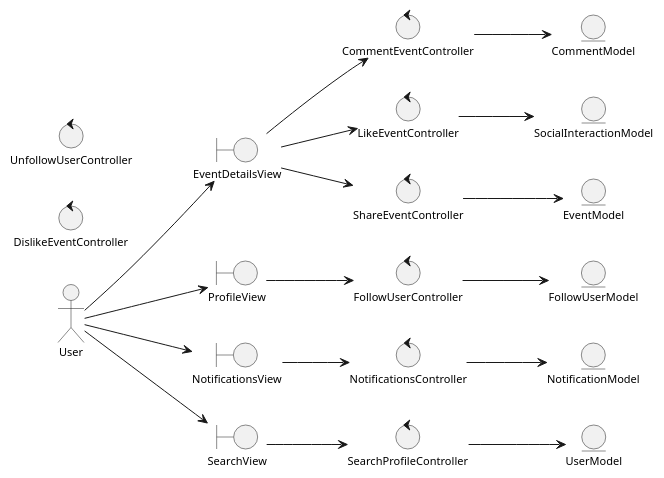
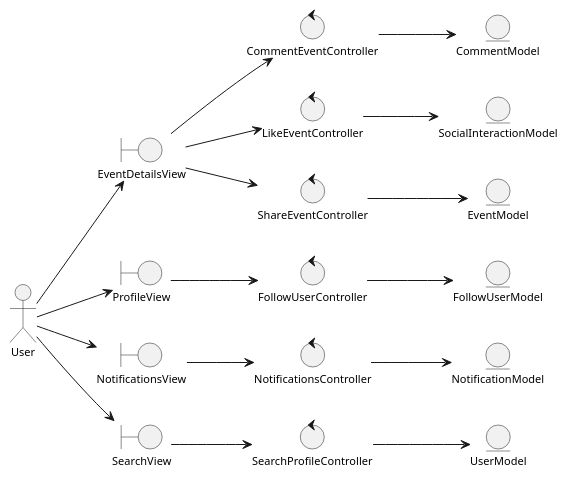
The diagram in Análisis/Clases de Análisis/analysisClassDiagramSocialInteractions.plantuml (valeraruggierotesisucv/tesis-frameworks-mobile-diagrams), drawn with PlantUML before and after one commit. The commit also changed 4 other files, not shown here.

Commit message:
Update user management and social interactions diagrams: add LogoutView and LogoutController, remove UnfollowUserController and DislikeEventController interactions.

```diff
--- a/Análisis/Clases de Análisis/analysisClassDiagramSocialInteractions.plantuml
+++ b/Análisis/Clases de Análisis/analysisClassDiagramSocialInteractions.plantuml
@@ -1,49 +1,47 @@
 @startuml analysisClassDiagramSocialInteractions
 skinparam style strictuml
 left to right direction
 skinparam defaultTextAlignment center
 skinparam defaultFontSize 11
 
 actor "User" as user
 
 entity "UserModel" as userModel
 entity "EventModel" as eventModel
 entity "SocialInteractionModel" as socialInteractionModel
 entity "CommentModel" as commentModel
 entity "FollowUserModel" as followUserModel
 entity "NotificationModel" as notificationModel
 
 boundary "EventDetailsView" as eventDetailsView
 boundary "ProfileView" as profileView
 boundary "NotificationsView" as notificationsView
 boundary "SearchView" as searchView
 
 control "CommentEventController" as commentEventController
 control "LikeEventController" as likeEventController
-control "DislikeEventController" as dislikeEventController
 control "ShareEventController" as shareEventController
 control "FollowUserController" as followUserController
-control "UnfollowUserController" as unfollowUserController
 control "NotificationsController" as notificationsController
 control "SearchProfileController" as searchProfileController
 
 user --> eventDetailsView
 user --> profileView
 user --> notificationsView
 user --> searchView
 
 eventDetailsView --> commentEventController
 eventDetailsView --> likeEventController
 eventDetailsView --> shareEventController
 profileView --> followUserController
 notificationsView --> notificationsController
 searchView --> searchProfileController
 
 commentEventController --> commentModel
 likeEventController --> socialInteractionModel
 shareEventController --> eventModel
 followUserController --> followUserModel
 notificationsController --> notificationModel
 searchProfileController --> userModel
 
 @enduml
```
